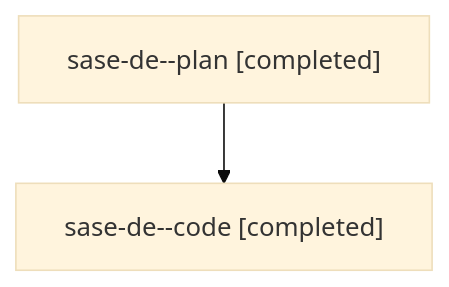
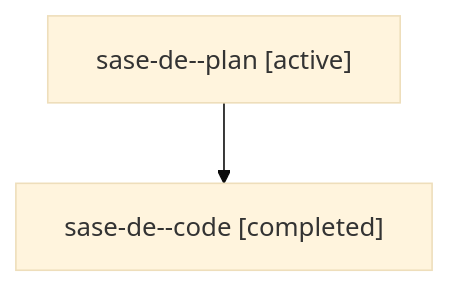
The diagram in families/bbugyi200.athena.sase-de.md (sase-org/sase--agents), drawn with Mermaid (base theme) before and after one commit. The commit also changed other lines of this file and 5813 other files, not shown here.

````diff
--- a/families/bbugyi200.athena.sase-de.md
+++ b/families/bbugyi200.athena.sase-de.md
@@ -9,6 +9,6 @@
 ```mermaid
 flowchart TD
-  n0["sase-de--plan [completed]"]
+  n0["sase-de--plan [active]"]
   n1["sase-de--code [completed]"]
   n0 --> n1
 ```
````
